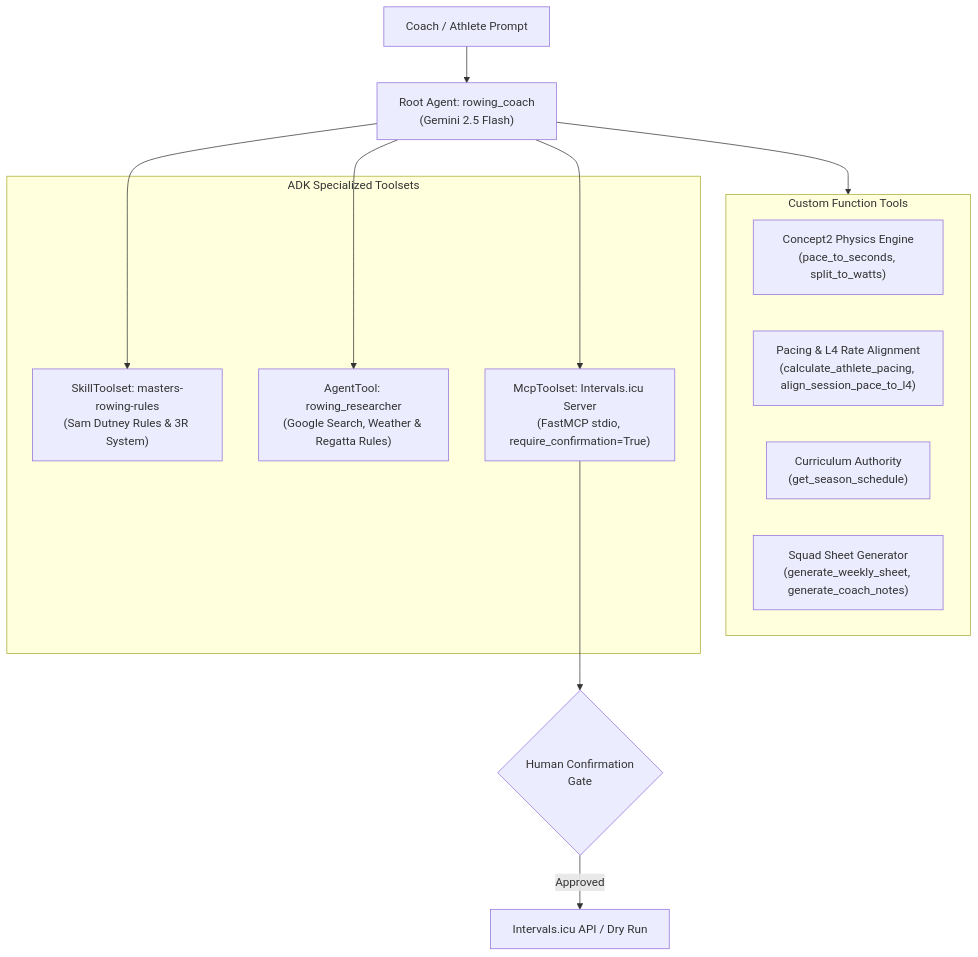
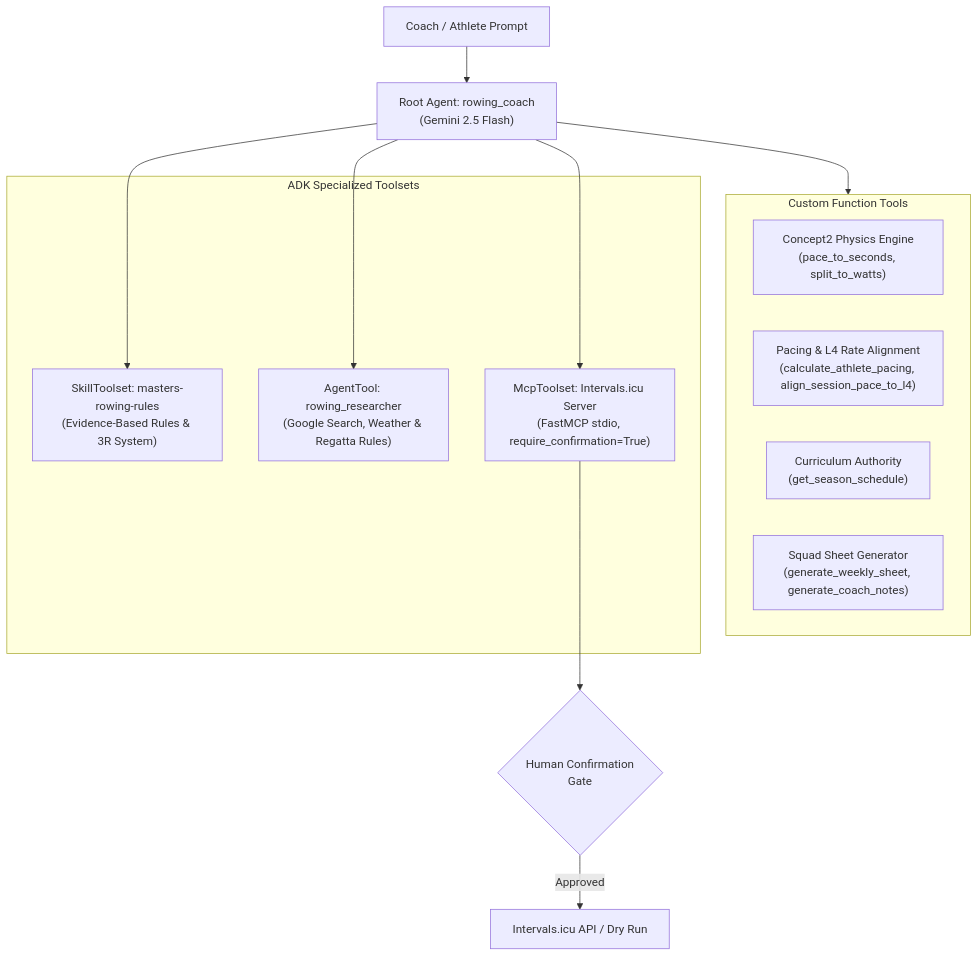
Before and after one commit to duncmon/AI-Devcamp-rowing-coach-agent: the diagram in README.md, drawn with Mermaid. The commit also changed other lines of this file and 7 other files, not shown here.

````diff
--- a/README.md
+++ b/README.md
@@ -28,25 +28,25 @@
 ```mermaid
 flowchart TD
     User["Coach / Athlete Prompt"] --> Root["Root Agent: rowing_coach<br/>(Gemini 2.5 Flash)"]
     
     subgraph CoreTools["Custom Function Tools"]
         P1["Concept2 Physics Engine<br/>(pace_to_seconds, split_to_watts)"]
         P2["Pacing & L4 Rate Alignment<br/>(calculate_athlete_pacing, align_session_pace_to_l4)"]
         P3["Curriculum Authority<br/>(get_season_schedule)"]
         P4["Squad Sheet Generator<br/>(generate_weekly_sheet, generate_coach_notes)"]
     end
     
     subgraph AgenticModules["ADK Specialized Toolsets"]
-        Skill["SkillToolset: masters-rowing-rules<br/>(Sam Dutney Rules & 3R System)"]
+        Skill["SkillToolset: masters-rowing-rules<br/>(Evidence-Based Rules & 3R System)"]
         SubAgent["AgentTool: rowing_researcher<br/>(Google Search, Weather & Regatta Rules)"]
         MCP["McpToolset: Intervals.icu Server<br/>(FastMCP stdio, require_confirmation=True)"]
     end
 
     Root --> CoreTools
     Root --> Skill
     Root --> SubAgent
     Root --> MCP
     
     MCP --> Gate{"Human Confirmation<br/>Gate"}
     Gate -->|Approved| Calendar["Intervals.icu API / Dry Run"]
 ```
````
